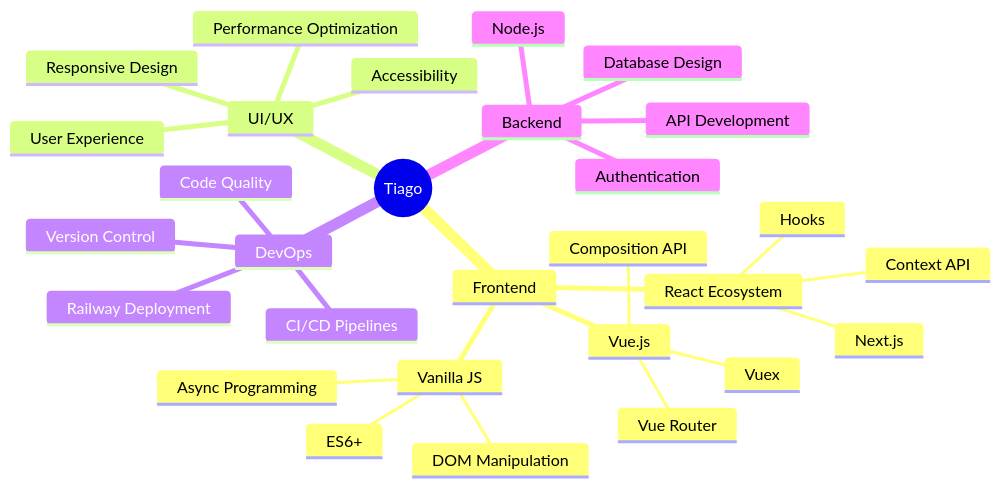
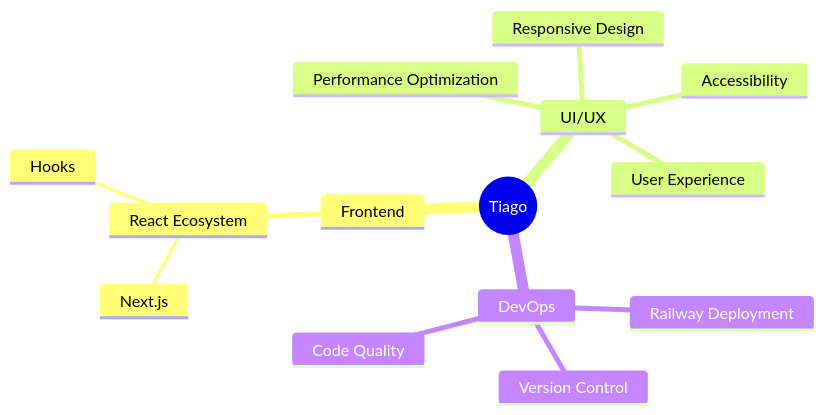
Before and after one commit to TiagoKoligowski/tiagokoligowski: the diagram in README.md, drawn with Mermaid. The commit also changed other lines of this file, not shown here.

````diff
--- a/README.md
+++ b/README.md
@@ -146,32 +144,17 @@
 ```mermaid
 mindmap
   root((Tiago))
     Frontend
       React Ecosystem
         Next.js
         Hooks
-        Context API
-      Vue.js
-        Vuex
-        Vue Router
-        Composition API
-      Vanilla JS
-        ES6+
-        DOM Manipulation
-        Async Programming
     UI/UX
       Responsive Design
       Performance Optimization
       Accessibility
       User Experience
     DevOps
       Railway Deployment
-      CI/CD Pipelines
       Version Control
       Code Quality
-    Backend
-      Node.js
-      API Development
-      Database Design
-      Authentication
 ```
````
